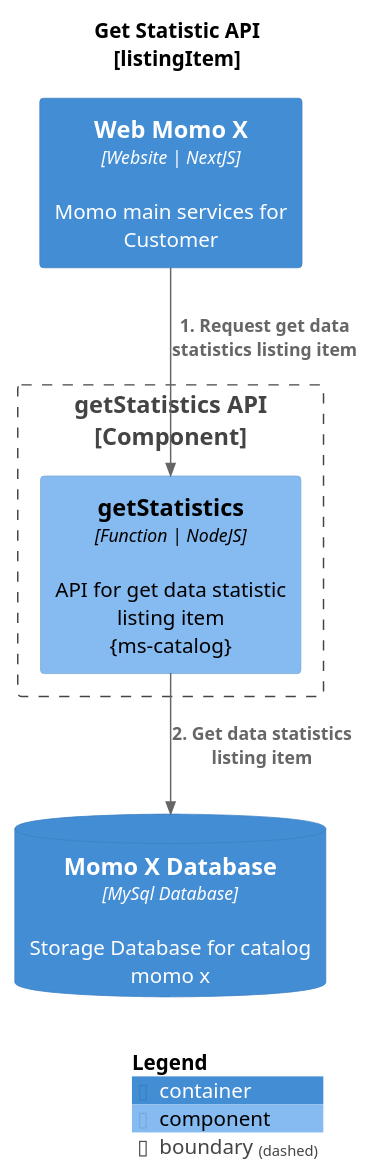
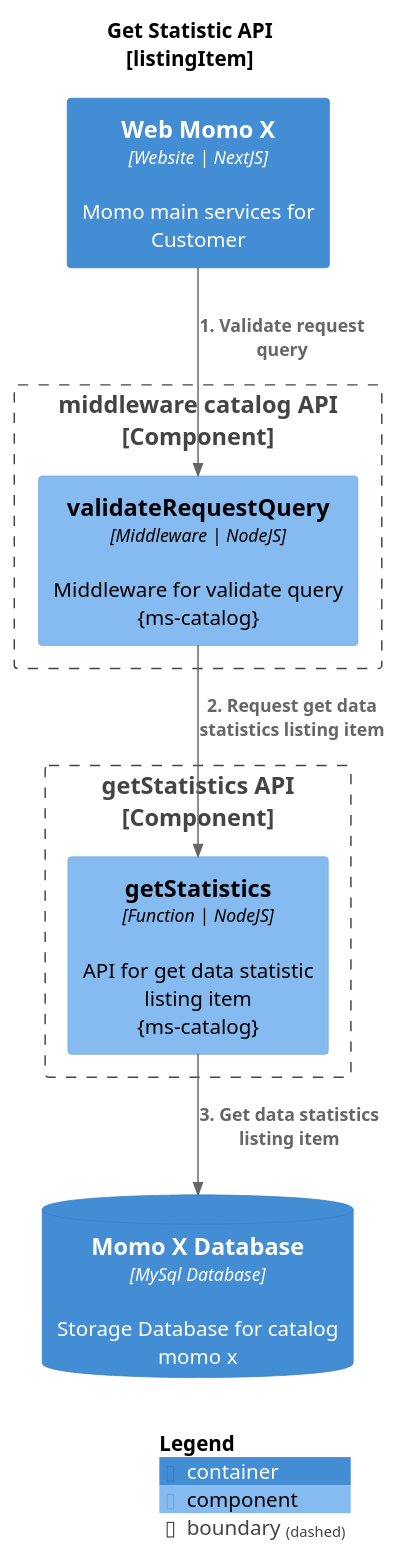
The diagram in MomoX/ms-catalog/listingItem/getStatistics.puml (JoshAndreas/Project-C4-Diagram), drawn with PlantUML before and after one commit. The commit also changed 52 other files, not shown here.

Commit message:
New C4 Diagram File for Auto X

```diff
--- a/MomoX/ms-catalog/listingItem/getStatistics.puml
+++ b/MomoX/ms-catalog/listingItem/getStatistics.puml
@@ -1,23 +1,30 @@
 @startuml
 !include https://raw.githubusercontent.com/plantuml-stdlib/C4-PlantUML/master/C4_Component.puml
 
 
 LAYOUT_WITH_LEGEND()
 title Get Statistic API\n[listingItem]
 
     Container(web_momo_x, "Web Momo X", "Website | NextJS", "Momo main services for Customer")
+
+    Boundary(middleware, "middleware catalog API\n[Component]"){
+
+        Component(validate_query, "validateRequestQuery", "Middleware | NodeJS", "Middleware for validate query\n{ms-catalog}")
+        
+    }
     
     Boundary(api, "getStatistics API\n[Component]"){
 
         Component(getStatistics, "getStatistics", "Function | NodeJS", "API for get data statistic listing item\n{ms-catalog}")
 
     }
     ContainerDb(momo_x_storage, "Momo X Database", "MySql Database", "Storage Database for catalog momo x")
 
 
-Rel_D(web_momo_x, getStatistics, "1. Request get data statistics listing item")
-Rel_D(getStatistics, momo_x_storage, "2. Get data statistics listing item")
+Rel_D(web_momo_x, validate_query, "1. Validate request query")
+Rel_D(validate_query, getStatistics, "2. Request get data statistics listing item")
+Rel_D(getStatistics, momo_x_storage, "3. Get data statistics listing item")
 
 
 SHOW_LEGEND()
 @enduml
```
